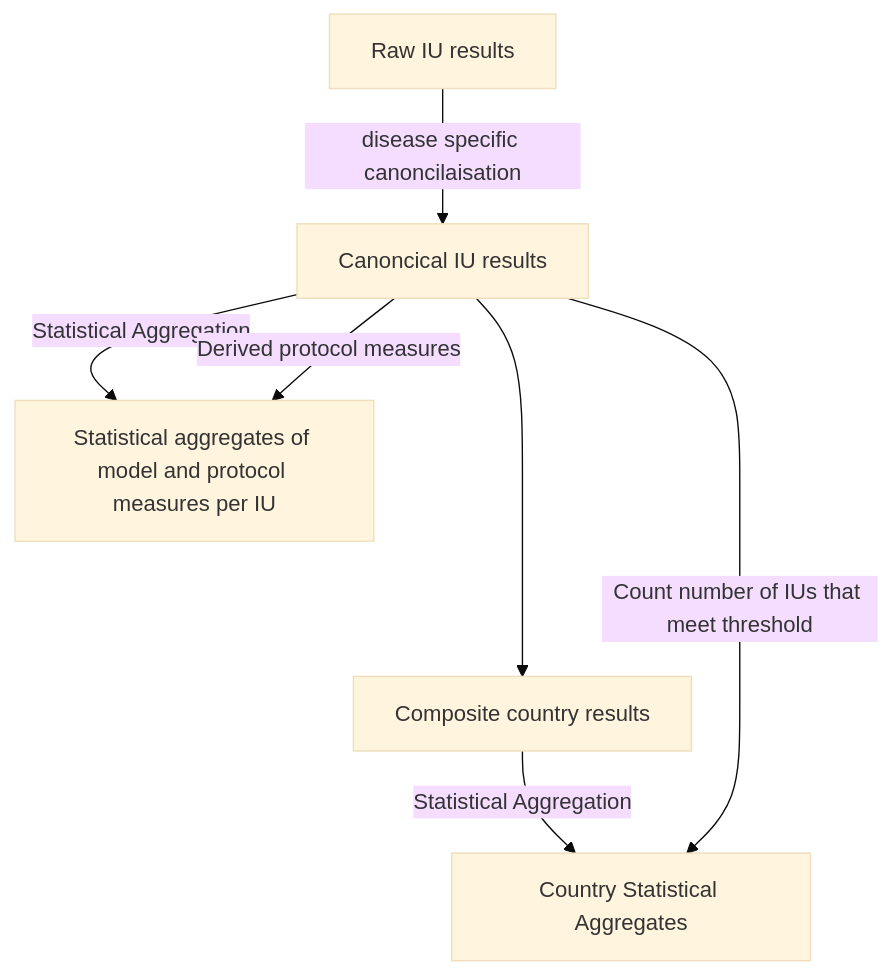
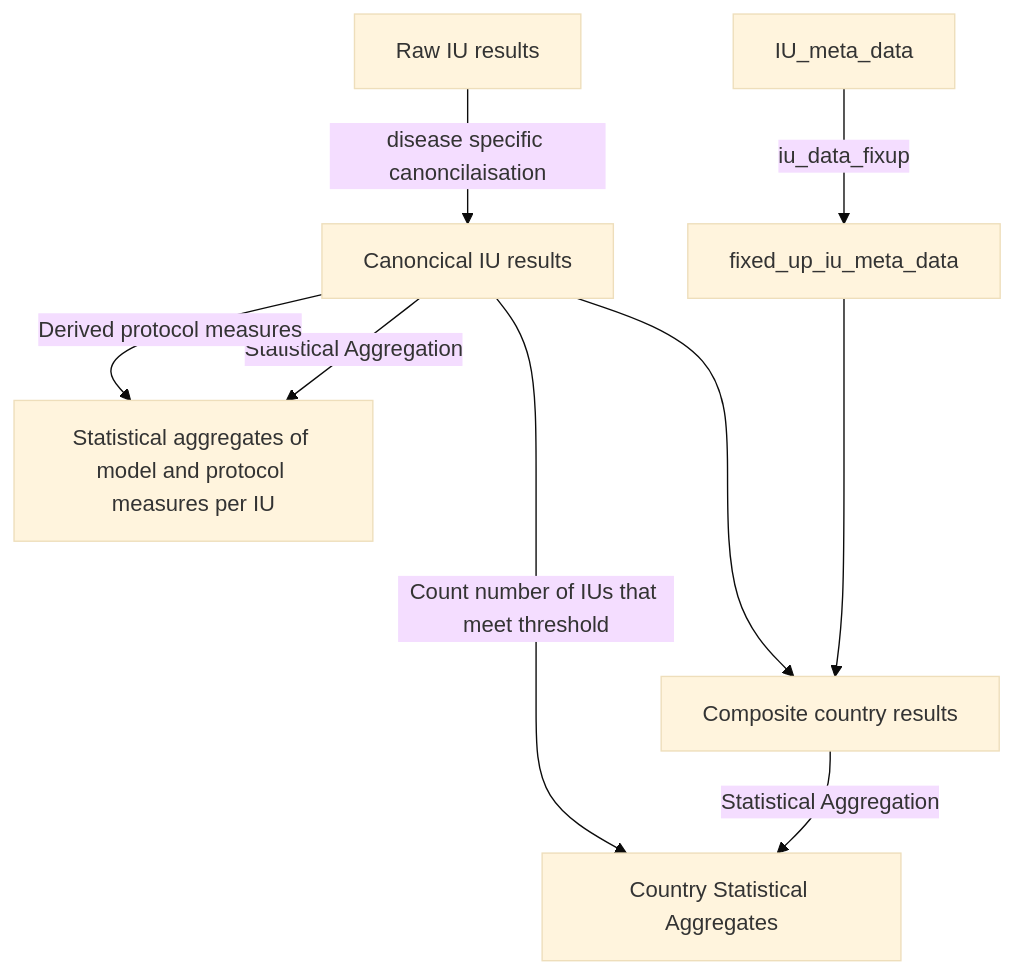
Before and after one commit to NTD-Modelling-Consortium/endgame-postprocessing: the diagram in README.md, drawn with Mermaid (base theme).

Commit message:
Add iu data fixup step to diagram

````diff
--- a/README.md
+++ b/README.md
@@ -37,9 +37,11 @@
 ```mermaid
 flowchart TD
     Raw[Raw IU results] --disease specific canoncilaisation--> IU_canonical[Canoncical IU results]
     IU_canonical --Statistical Aggregation--> IU_Agg[Statistical aggregates of model and protocol measures per IU]
     IU_canonical --Derived protocol measures--> IU_Agg
+    IU_meta_data --iu_data_fixup--> fixed_up_iu_meta_data
+    fixed_up_iu_meta_data ---> Composite_Country_Results
     IU_canonical ---> Composite_Country_Results[Composite country results]
     Composite_Country_Results --Statistical Aggregation--> Country_Agg_model_measures[Country Statistical Aggregates]
     IU_canonical --Count number of IUs that meet threshold--> Country_Agg_model_measures
 ```
````
